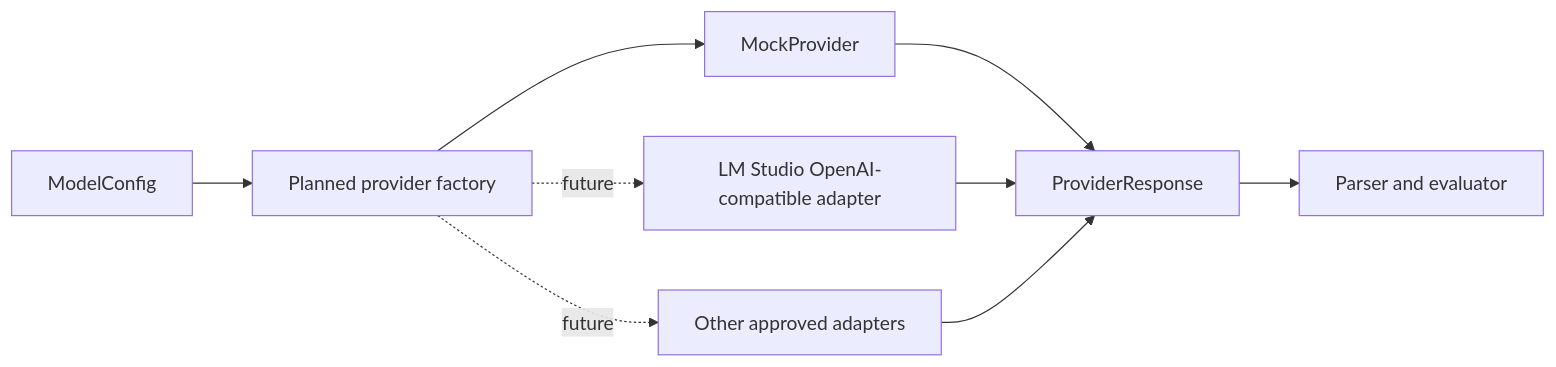
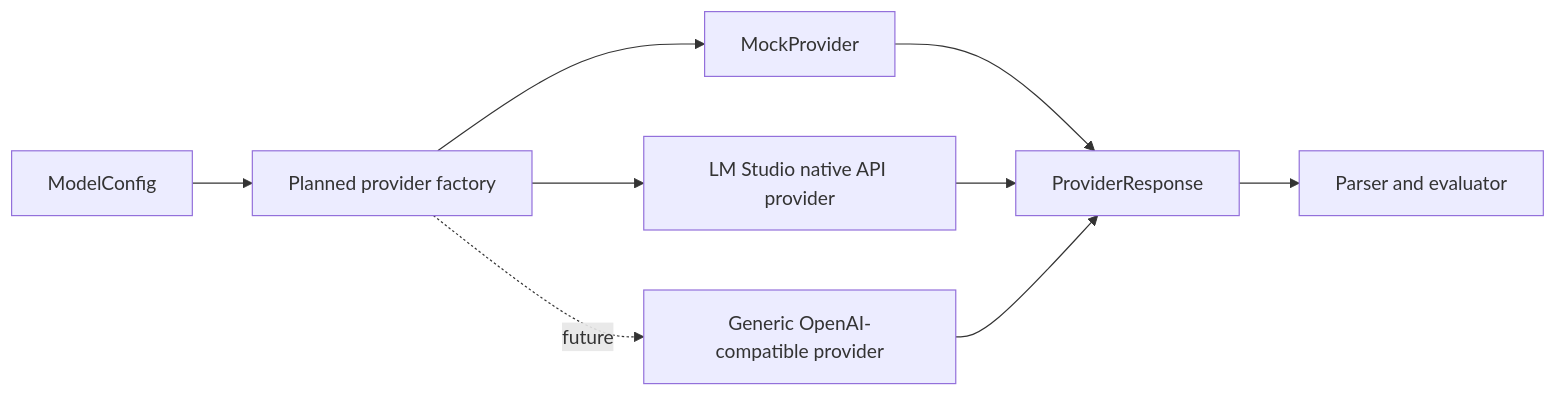
The second of 3 diagrams in docs/architecture.md (ataozalpp/llm-benchmark), drawn with Mermaid before and after one commit. The commit also changed other lines of this file and 13 other files, not shown here.

Commit message:
Add LM Studio local model provider

````diff
--- a/docs/architecture.md
+++ b/docs/architecture.md
@@ -57,11 +57,11 @@
 ```mermaid
 flowchart LR
     A[ModelConfig] --> B[Planned provider factory]
     B --> C[MockProvider]
-    B -. future .-> D[LM Studio OpenAI-compatible adapter]
-    B -. future .-> E[Other approved adapters]
+    B --> D[LM Studio native API provider]
+    B -. future .-> E[Generic OpenAI-compatible provider]
     C --> F[ProviderResponse]
     D --> F
     E --> F
     F --> G[Parser and evaluator]
 ```
````
